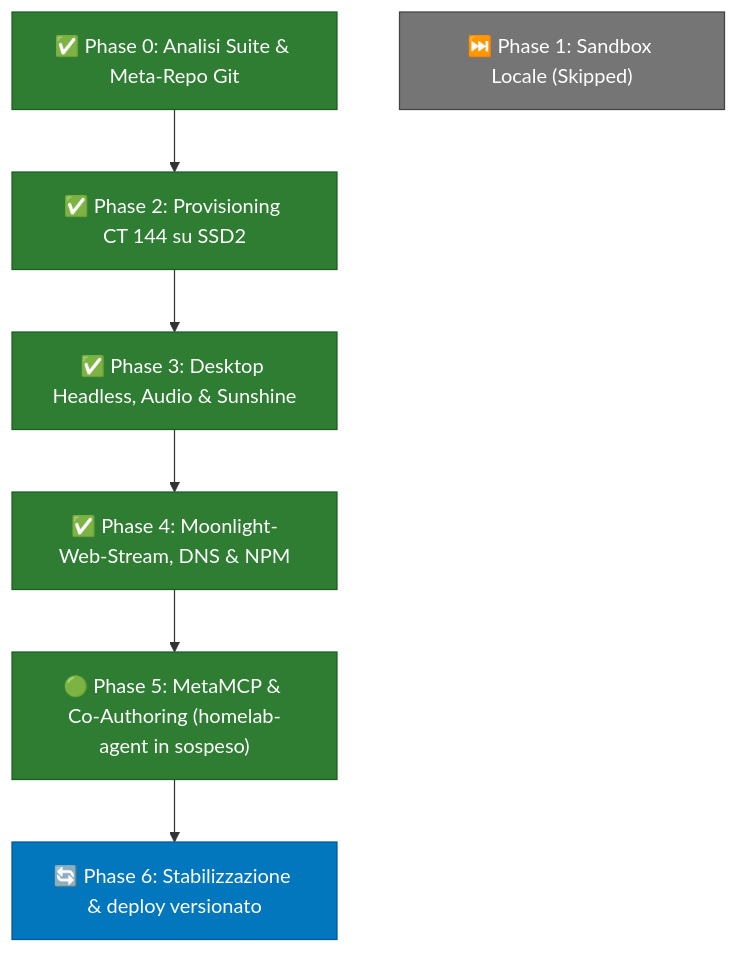
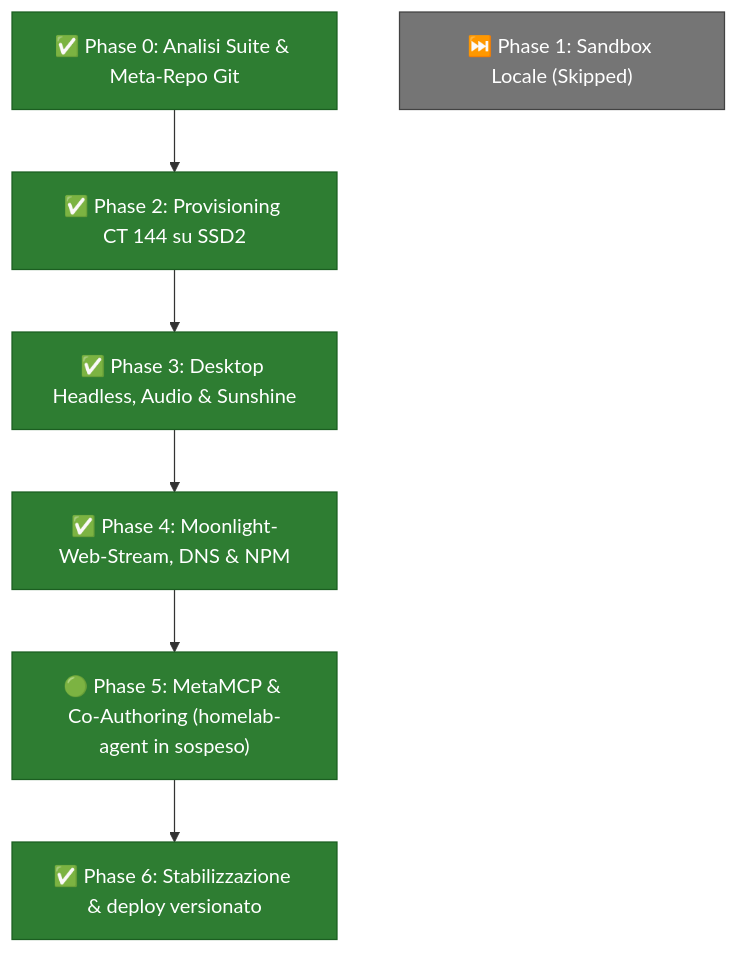
The diagram in docs/ROADMAP.md (DevGiov/homelab-creative-suite), drawn with Mermaid before and after one commit. The commit also changed other lines of this file and 1 other file, not shown here.

Commit message:
docs: Phase 6 stabilization results, deploy workflow, known issues

````diff
--- a/docs/ROADMAP.md
+++ b/docs/ROADMAP.md
@@ -30,21 +30,21 @@
 ```mermaid
 flowchart TD
     P0["✅ Phase 0: Analisi Suite & Meta-Repo Git"]:::done
     P1["⏭️ Phase 1: Sandbox Locale (Skipped)"]:::skipped
     P2["✅ Phase 2: Provisioning CT 144 su SSD2"]:::done
     P3["✅ Phase 3: Desktop Headless, Audio & Sunshine"]:::done
     P4["✅ Phase 4: Moonlight-Web-Stream, DNS & NPM"]:::done
     P5["🟢 Phase 5: MetaMCP & Co-Authoring (homelab-agent in sospeso)"]:::done
-    P6["🔄 Phase 6: Stabilizzazione & deploy versionato"]:::active
+    P6["✅ Phase 6: Stabilizzazione & deploy versionato"]:::done
 
     P0 --> P2
     P2 --> P3
     P3 --> P4
     P4 --> P5
     P5 --> P6
 
     classDef done fill:#2e7d32,stroke:#1b5e20,color:#fff;
     classDef skipped fill:#757575,stroke:#424242,color:#fff;
     classDef active fill:#0277bd,stroke:#01579b,color:#fff;
     classDef pending fill:#37474f,stroke:#263238,color:#fff;
 ```
````
